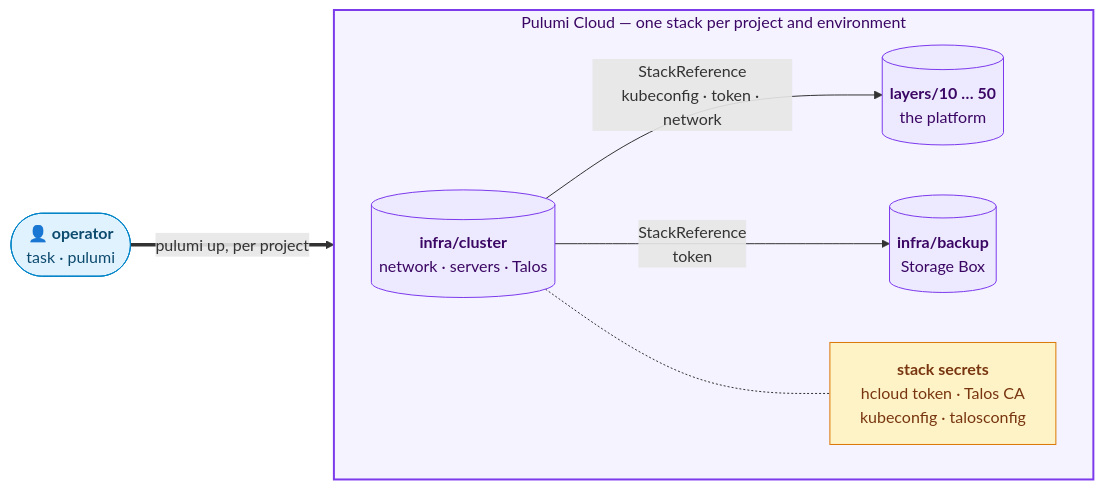
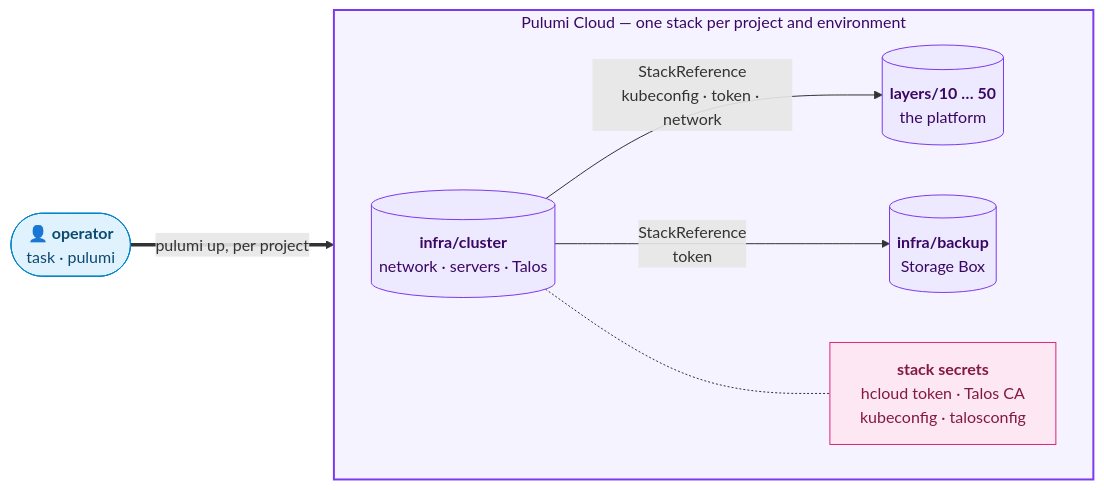
Before and after one commit to oleg-tkachuk/hetzner-iac: the first of 3 diagrams in README.md, drawn with Mermaid. The commit also changed other lines of this file and 2 other files, not shown here.

First line of the commit message:
docs(diagrams): balance the palette away from red

````diff
--- a/README.md
+++ b/README.md
@@ -27,27 +27,27 @@
 ```mermaid
 flowchart LR
     classDef actor fill:#E0F2FE,stroke:#0284C7,stroke-width:1px,color:#0C4A6E
     classDef state fill:#EDE9FE,stroke:#7C3AED,stroke-width:1px,color:#3B0764
-    classDef secret fill:#FEF3C7,stroke:#D97706,stroke-width:1px,color:#78350F
+    classDef secret fill:#FCE7F3,stroke:#DB2777,stroke-width:1px,color:#831843
 
     operator(["<b>👤 operator</b><br/>task · pulumi"])
 
     subgraph cloud["Pulumi Cloud — one stack per project and environment"]
         direction LR
         cluster[("<b>infra/cluster</b><br/>network · servers · Talos")]
         backup[("<b>infra/backup</b><br/>Storage Box")]
         layers[("<b>layers/10 … 50</b><br/>the platform")]
         secrets["<b>stack secrets</b><br/>hcloud token · Talos CA<br/>kubeconfig · talosconfig"]
     end
 
     operator ==>|"pulumi up, per project"| cloud
     cluster -->|"StackReference<br/>kubeconfig · token · network"| layers
     cluster -->|"StackReference<br/>token"| backup
     cluster -.- secrets
 
     class operator actor
     class cluster,backup,layers state
     class secrets secret
 
     style cloud fill:#F5F3FF,stroke:#7C3AED,stroke-width:2px,color:#3B0764
 ```
````
